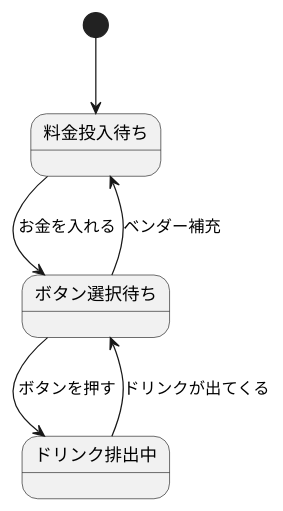
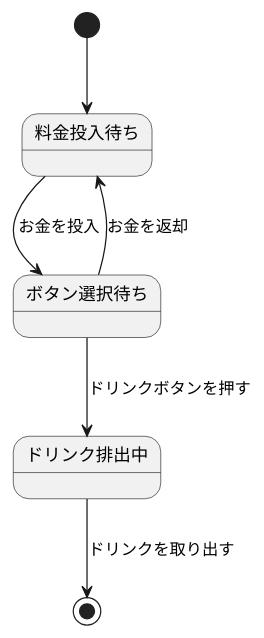
Before and after one commit to tsunokake21/UML_introduction: the diagram in 演習6-4-5_ステートマシン図_自動販売機.pu, drawn with PlantUML. The commit also changed 1 other file, not shown here.

```diff
--- a/演習6-4-5_ステートマシン図_自動販売機.pu
+++ b/演習6-4-5_ステートマシン図_自動販売機.pu
@@ -1,9 +1,12 @@
 @startuml 自販機
+
 [*] --> 料金投入待ち
 
-料金投入待ち --> ボタン選択待ち : お金を入れる
-ボタン選択待ち --> ドリンク排出中 : ボタンを押す
-ドリンク排出中 --> ボタン選択待ち : ドリンクが出てくる
-ボタン選択待ち --> 料金投入待ち : ベンダー補充
+料金投入待ち --> ボタン選択待ち : お金を投入
+
+ボタン選択待ち --> 料金投入待ち : お金を返却
+ボタン選択待ち --> ドリンク排出中 : ドリンクボタンを押す
+
+ドリンク排出中 --> [*] : ドリンクを取り出す
 
 @enduml
```
